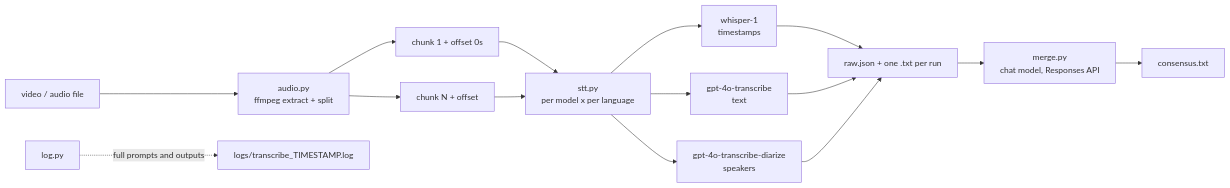
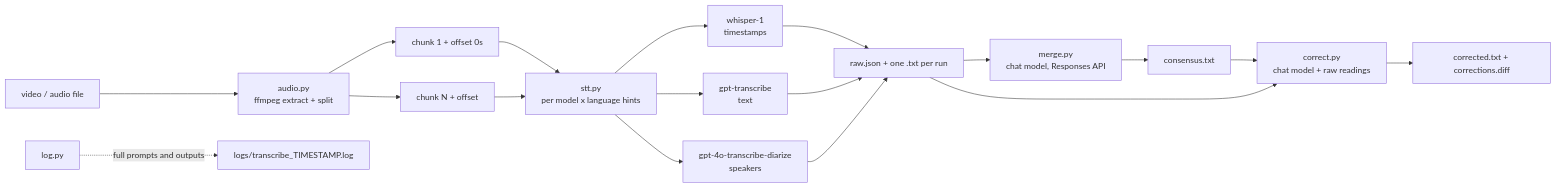
One commit to BurnyCoder/transcribe-consensus changed the diagram in README.md. Above: the diagram before and after it, drawn with Mermaid. The commit also changed other lines of this file and 3 other files, not shown here.

Commit message:
Document gpt-transcribe defaults, correction phase and deprecations

````diff
--- a/README.md
+++ b/README.md
@@ -28,14 +30,17 @@
 ```mermaid
 flowchart LR
     IN[video / audio file] --> A[audio.py<br/>ffmpeg extract + split]
     A --> C1[chunk 1 + offset 0s]
     A --> C2[chunk N + offset]
-    C1 & C2 --> S[stt.py<br/>per model x per language]
+    C1 & C2 --> S[stt.py<br/>per model x language hints]
+    S --> G[gpt-transcribe<br/>text]
     S --> W[whisper-1<br/>timestamps]
-    S --> G[gpt-4o-transcribe<br/>text]
     S --> D[gpt-4o-transcribe-diarize<br/>speakers]
     W & G & D --> R[raw.json + one .txt per run]
     R --> M[merge.py<br/>chat model, Responses API]
-    M --> OUT[consensus.txt]
+    M --> CON[consensus.txt]
+    CON --> X[correct.py<br/>chat model + raw readings]
+    R --> X
+    X --> OUT[corrected.txt + corrections.diff]
     L[log.py] -.->|full prompts and outputs| LOG[logs/transcribe_TIMESTAMP.log]
 ```
````
